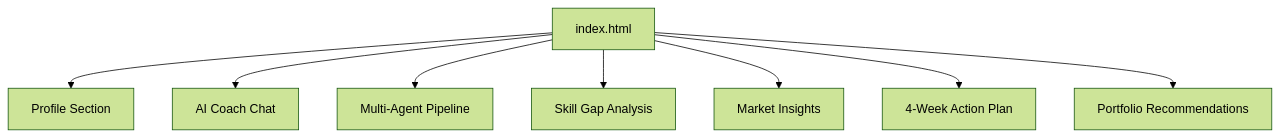
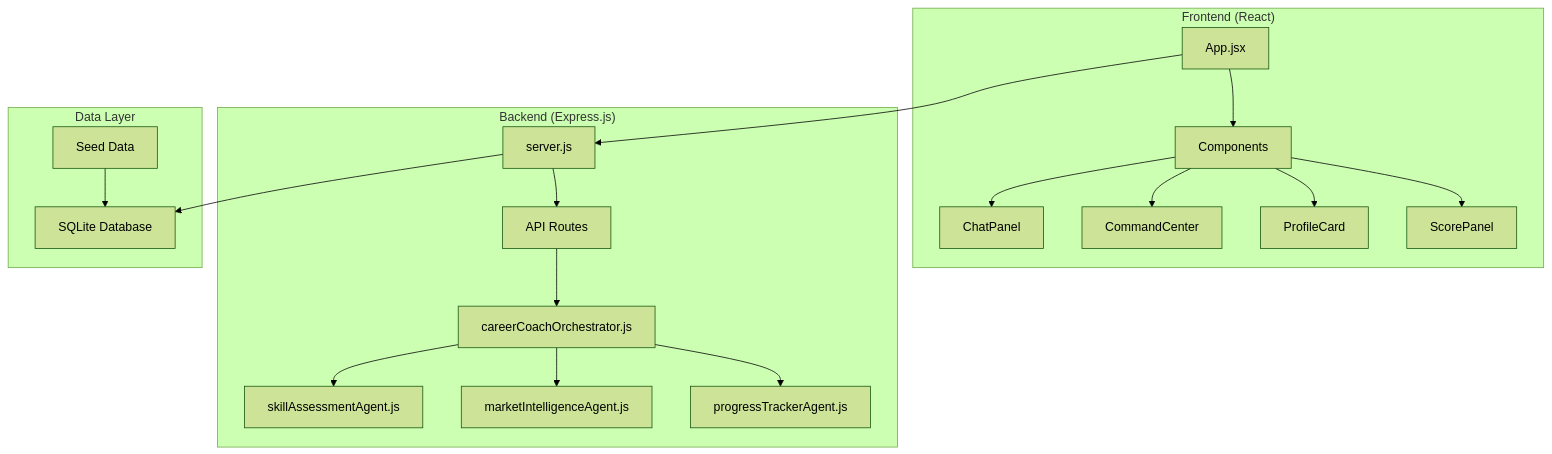
One commit to Alishba-Moin/CareerCompass changed the first of 3 diagrams in .qoder/repowiki/en/content/Project Overview.md. Above: the diagram before and after it, drawn with Mermaid (forest theme). The commit also changed other lines of this file and 38 other files, not shown here.

Commit message:
Add Roadmap pdf download option

````diff
--- a/.qoder/repowiki/en/content/Project Overview.md
+++ b/.qoder/repowiki/en/content/Project Overview.md
@@ -46,10 +77,24 @@
 ```mermaid
 graph TB
-A["index.html"] --> B["Profile Section"]
-A --> C["AI Coach Chat"]
-A --> D["Multi-Agent Pipeline"]
-A --> E["Skill Gap Analysis"]
-A --> F["Market Insights"]
-A --> G["4-Week Action Plan"]
-A --> H["Portfolio Recommendations"]
+subgraph "Frontend (React)"
+A["App.jsx"] --> B["Components"]
+B --> C["ChatPanel"]
+B --> D["CommandCenter"]
+B --> E["ProfileCard"]
+B --> F["ScorePanel"]
+end
+subgraph "Backend (Express.js)"
+G["server.js"] --> H["API Routes"]
+H --> I["careerCoachOrchestrator.js"]
+I --> J["skillAssessmentAgent.js"]
+I --> K["marketIntelligenceAgent.js"]
+I --> L["progressTrackerAgent.js"]
+end
+subgraph "Data Layer"
+M["SQLite Database"]
+N["Seed Data"]
+end
+A --> G
+G --> M
+N --> M
 ```
````
